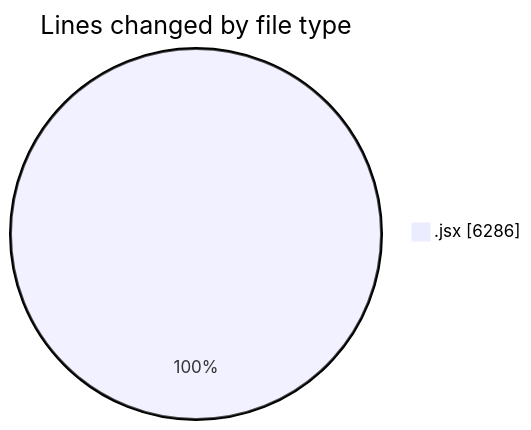
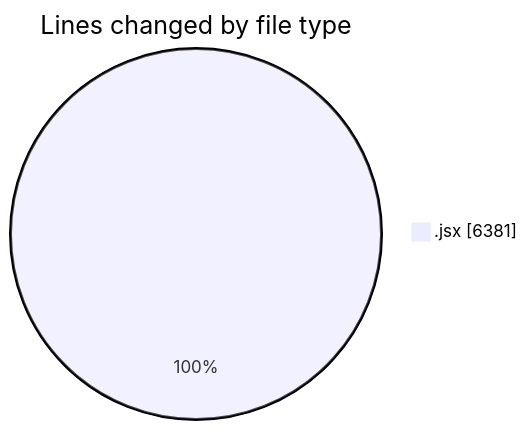
Before and after one commit to nxtqubesakshisongat/code-tracking: the first of 2 diagrams in 2025-05-05/nxtqube_webapp/README.md, drawn with Mermaid. The commit also changed other lines of this file and 1 other file, not shown here.

````diff
--- a/2025-05-05/nxtqube_webapp/README.md
+++ b/2025-05-05/nxtqube_webapp/README.md
@@ -24,5 +24,5 @@
 ```mermaid
 pie showData
 title Lines changed by file type
-".jsx" : 6286
+".jsx" : 6381
 ```
````
